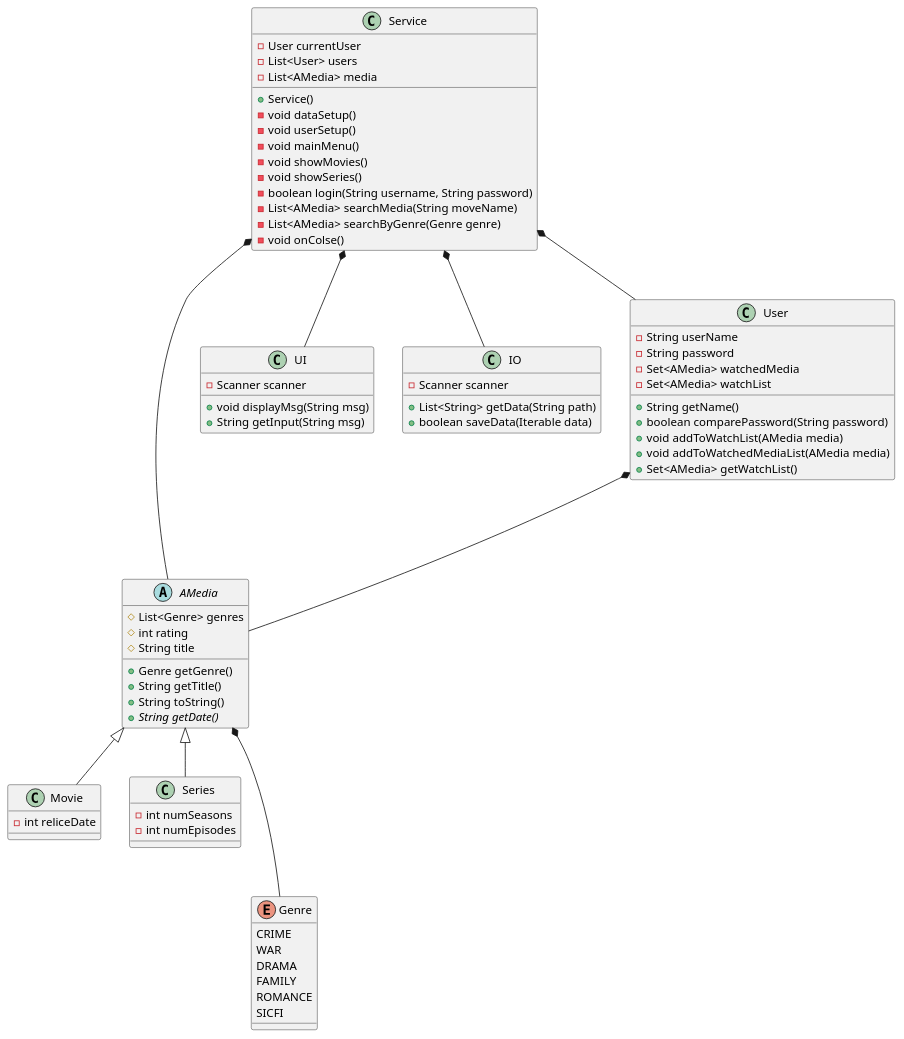
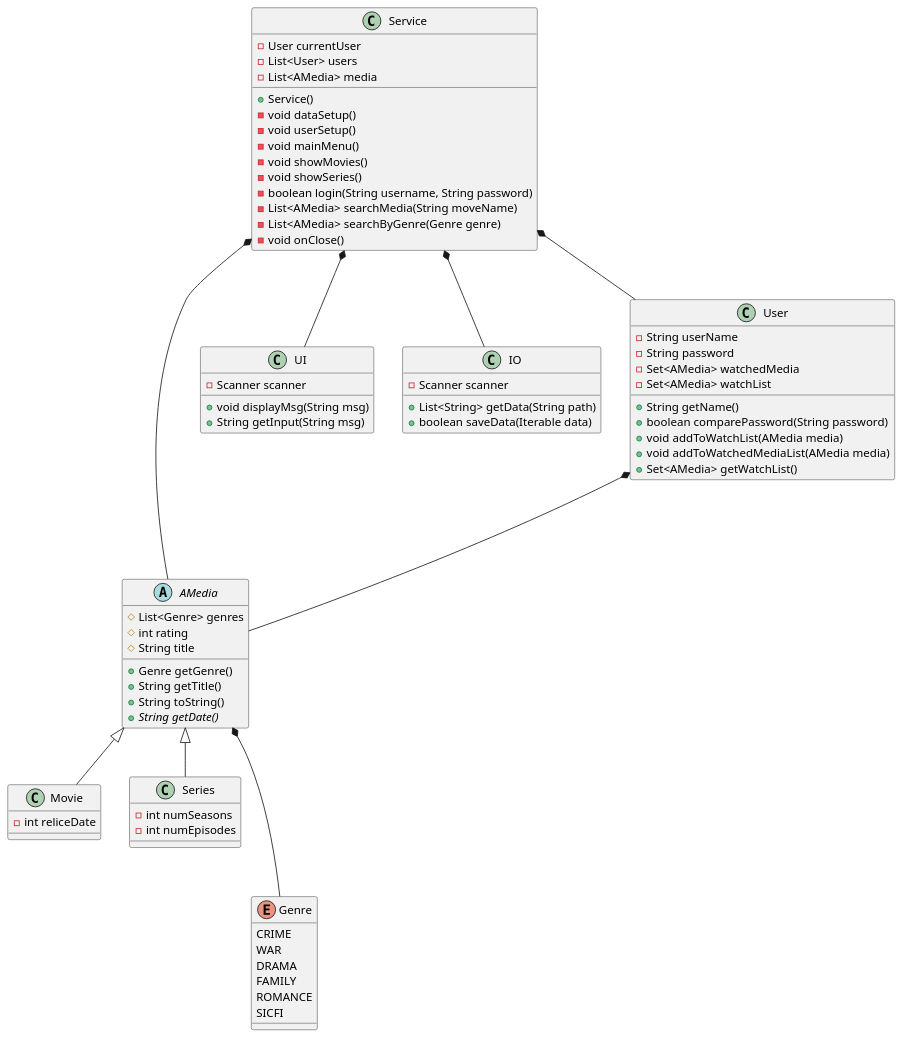
The diagram in doc/classDiagra.puml (Laumh-exe/sp3), drawn with PlantUML before and after one commit. The commit also changed 3 other files, not shown here.

```diff
--- a/doc/classDiagra.puml
+++ b/doc/classDiagra.puml
@@ -1,91 +1,91 @@
 @startuml
 abstract class AMedia{
 	# List<Genre> genres
 	# int rating
     # String title
 
     + Genre getGenre()
     + String getTitle()
     + String toString()
     {abstract} + String getDate()
 }
 
 class Movie{
 	- int reliceDate
 }
 
 class Series{
 	- int numSeasons
 	- int numEpisodes	
 }
 
 class UI {
     - Scanner scanner
 	+ void displayMsg(String msg)
 	+ String getInput(String msg)
 }
 
 class IO{
     - Scanner scanner
 	+ List<String> getData(String path)
 	+ boolean saveData(Iterable data)
 }
 
 class User{
     - String userName
     - String password
     - Set<AMedia> watchedMedia
     - Set<AMedia> watchList
     + String getName()
     + boolean comparePassword(String password)
     + void addToWatchList(AMedia media)
     + void addToWatchedMediaList(AMedia media)
     + Set<AMedia> getWatchList()
 }
 
 class Service{
     - User currentUser
 	- List<User> users
 	- List<AMedia> media
 	
     + Service()
     - void dataSetup()
     - void userSetup()
     - void mainMenu() 
     - void showMovies()
     - void showSeries()
 	- boolean login(String username, String password)
     - List<AMedia> searchMedia(String moveName)
     - List<AMedia> searchByGenre(Genre genre)
-    - void onColse()
+    - void onClose()
 }
 note left of Service::setup
     userlogin / create user
 end note
 
 note left of Service::mainMainu
     This is the main loop of the programSS
 end note
 
 enum Genre{
     CRIME
     WAR
     DRAMA
     FAMILY
     ROMANCE
     SICFI
 }
 
 Service *-- AMedia
 Service *-- User
 Service *-- UI
 Service *-- IO
 
 AMedia *--- Genre
 
 User *--- AMedia
 
 
 AMedia <|-- Movie
 AMedia <|-- Series
 @enduml
```
